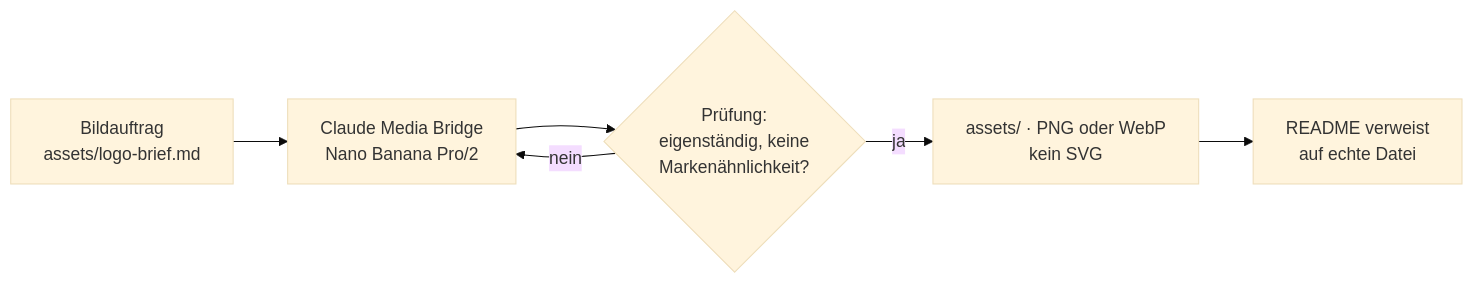
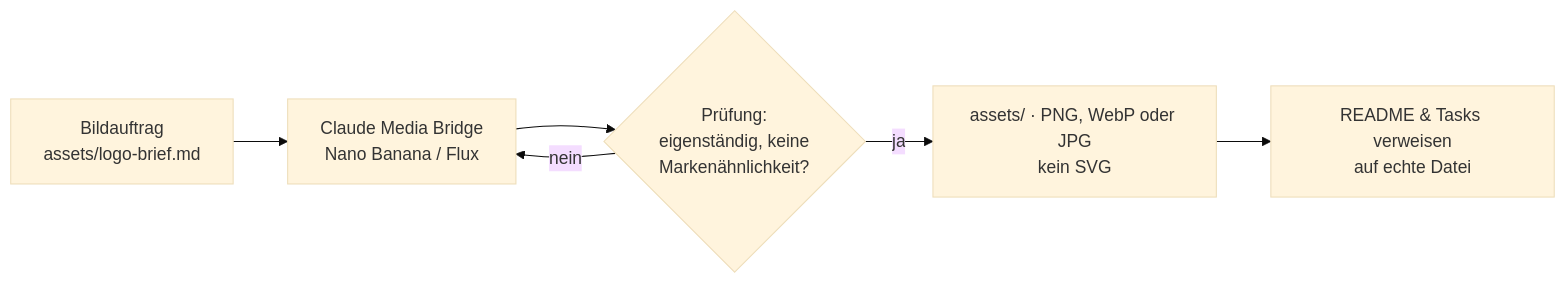
One commit to mertgoevse-wq/claudroide changed the second of 2 diagrams in README.md. Above: the diagram before and after it, drawn with Mermaid (base theme). The commit also changed other lines of this file and 2 other files, not shown here.

````diff
--- a/README.md
+++ b/README.md
@@ -141,8 +153,8 @@
 ```mermaid
 flowchart LR
-    A[Bildauftrag<br/>assets/logo-brief.md] --> B[Claude Media Bridge<br/>Nano Banana Pro/2]
+    A[Bildauftrag<br/>assets/logo-brief.md] --> B[Claude Media Bridge<br/>Nano Banana / Flux]
     B --> C{Prüfung:<br/>eigenständig, keine<br/>Markenähnlichkeit?}
-    C -- ja --> D[assets/ · PNG oder WebP<br/>kein SVG]
+    C -- ja --> D[assets/ · PNG, WebP oder JPG<br/>kein SVG]
     C -- nein --> B
-    D --> E[README verweist<br/>auf echte Datei]
+    D --> E[README & Tasks verweisen<br/>auf echte Datei]
 ```
````
